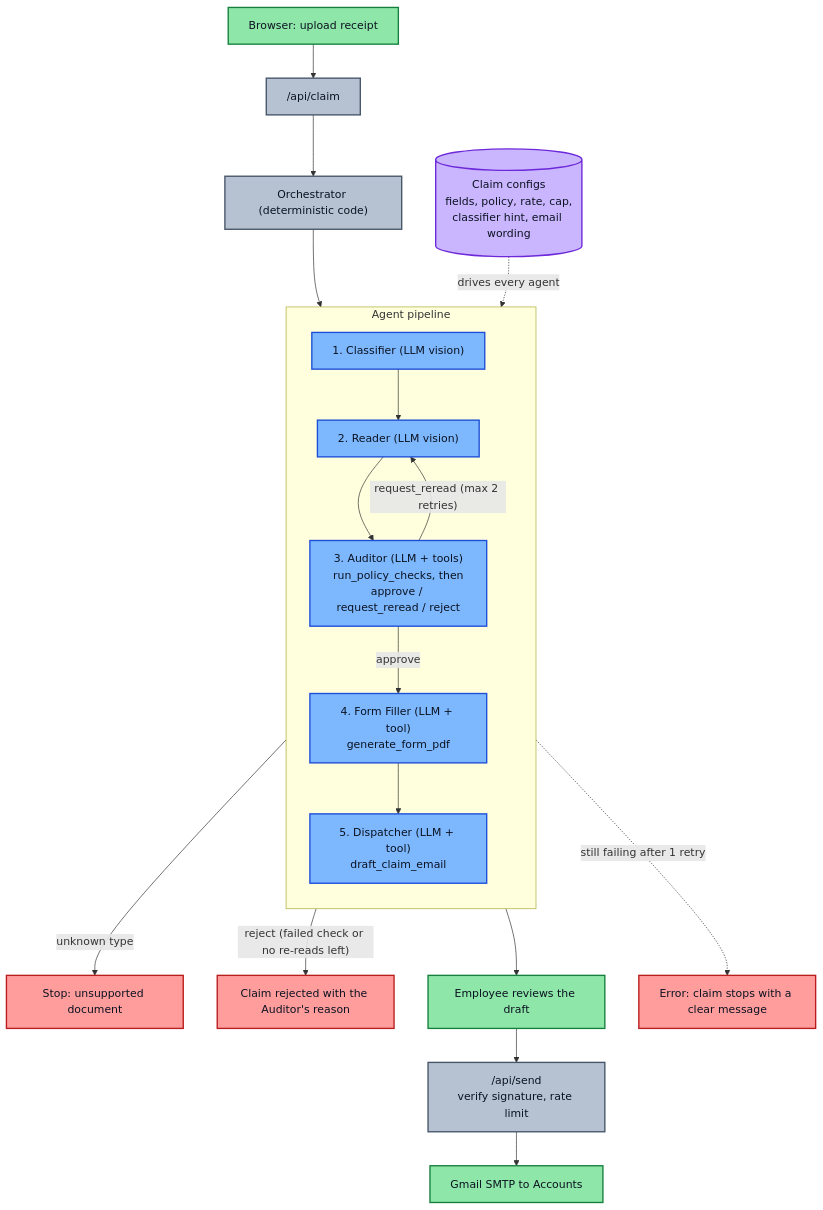
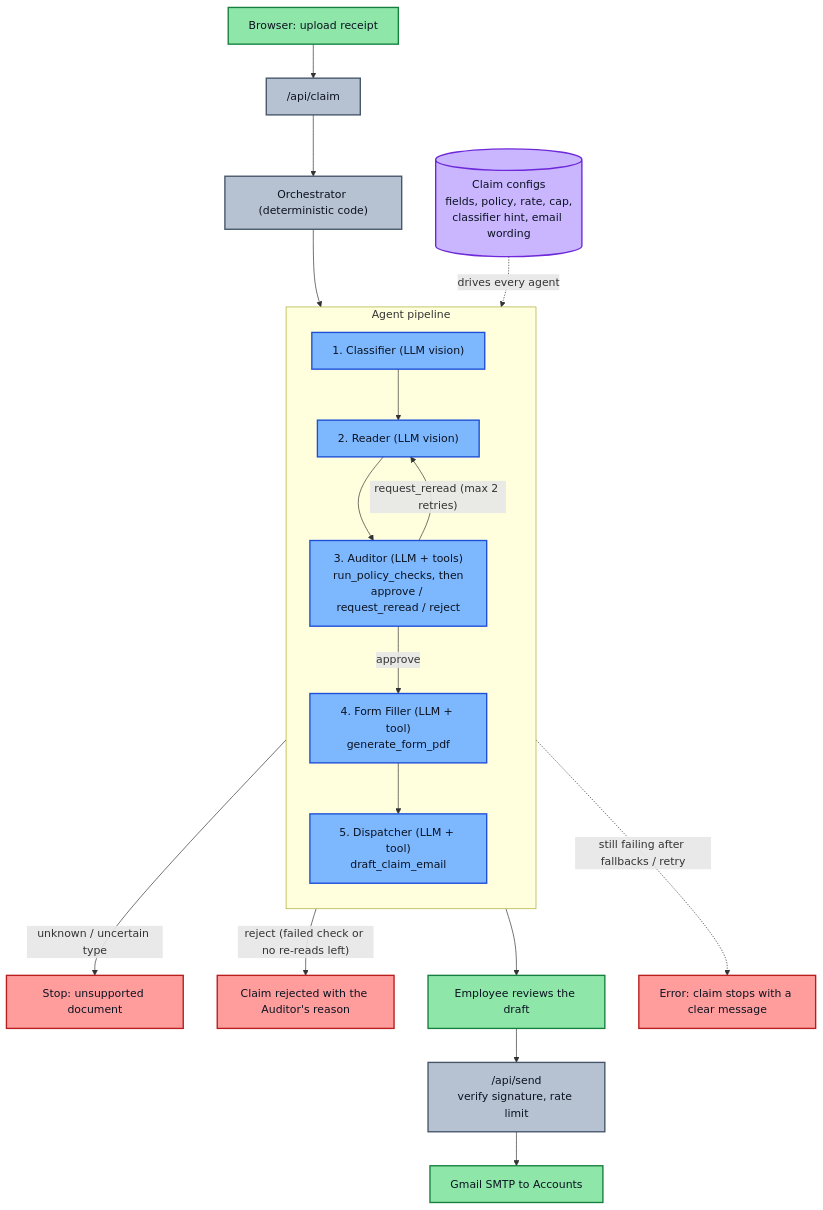
One commit to ahmad-mushtaq-ahmad-777/claim-crew changed the diagram in README.md. Above: the diagram before and after it, drawn with Mermaid. The commit also changed other lines of this file and 1 other file, not shown here.

````diff
--- a/README.md
+++ b/README.md
@@ -17,42 +17,42 @@
 ```mermaid
 flowchart TD
     U["Browser: upload receipt"] --> API["/api/claim"]
     API --> ORCH["Orchestrator (deterministic code)"]
 
     CFG[("Claim configs<br/>fields, policy, rate, cap,<br/>classifier hint, email wording")]
 
     subgraph AGENTS["Agent pipeline"]
         direction TB
         C["1. Classifier (LLM vision)"]
         R["2. Reader (LLM vision)"]
         A["3. Auditor (LLM + tools)<br/>run_policy_checks, then<br/>approve / request_reread / reject"]
         F["4. Form Filler (LLM + tool)<br/>generate_form_pdf"]
         D["5. Dispatcher (LLM + tool)<br/>draft_claim_email"]
     end
 
     ORCH --> C
-    C -- "unknown type" --> STOP["Stop: unsupported document"]
+    C -- "unknown / uncertain type" --> STOP["Stop: unsupported document"]
     C --> R
     R --> A
     A -- "request_reread (max 2 retries)" --> R
     A -- "reject (failed check or no re-reads left)" --> REJ["Claim rejected with the Auditor's reason"]
     A -- approve --> F
     F --> D
     D --> REVIEW["Employee reviews the draft"]
     REVIEW --> SEND["/api/send<br/>verify signature, rate limit"]
     SEND --> MAIL["Gmail SMTP to Accounts"]
 
-    AGENTS -. "still failing after 1 retry" .-> ERR["Error: claim stops with a clear message"]
+    AGENTS -. "still failing after fallbacks / retry" .-> ERR["Error: claim stops with a clear message"]
     CFG -. "drives every agent" .-> AGENTS
 
     classDef llm fill:#7db8ff,stroke:#1d4ed8,stroke-width:2px,color:#0b1220;
     classDef code fill:#b6c2d1,stroke:#475569,stroke-width:2px,color:#0b1220;
     classDef data fill:#c9b6ff,stroke:#6d28d9,stroke-width:2px,color:#0b1220;
     classDef stop fill:#ff9d9d,stroke:#b91c1c,stroke-width:2px,color:#0b1220;
     classDef user fill:#8ee6a8,stroke:#15803d,stroke-width:2px,color:#0b1220;
     class C,R,A,F,D llm;
     class ORCH,API,SEND code;
     class CFG data;
     class STOP,REJ,ERR stop;
     class U,REVIEW,MAIL user;
 ```
````
